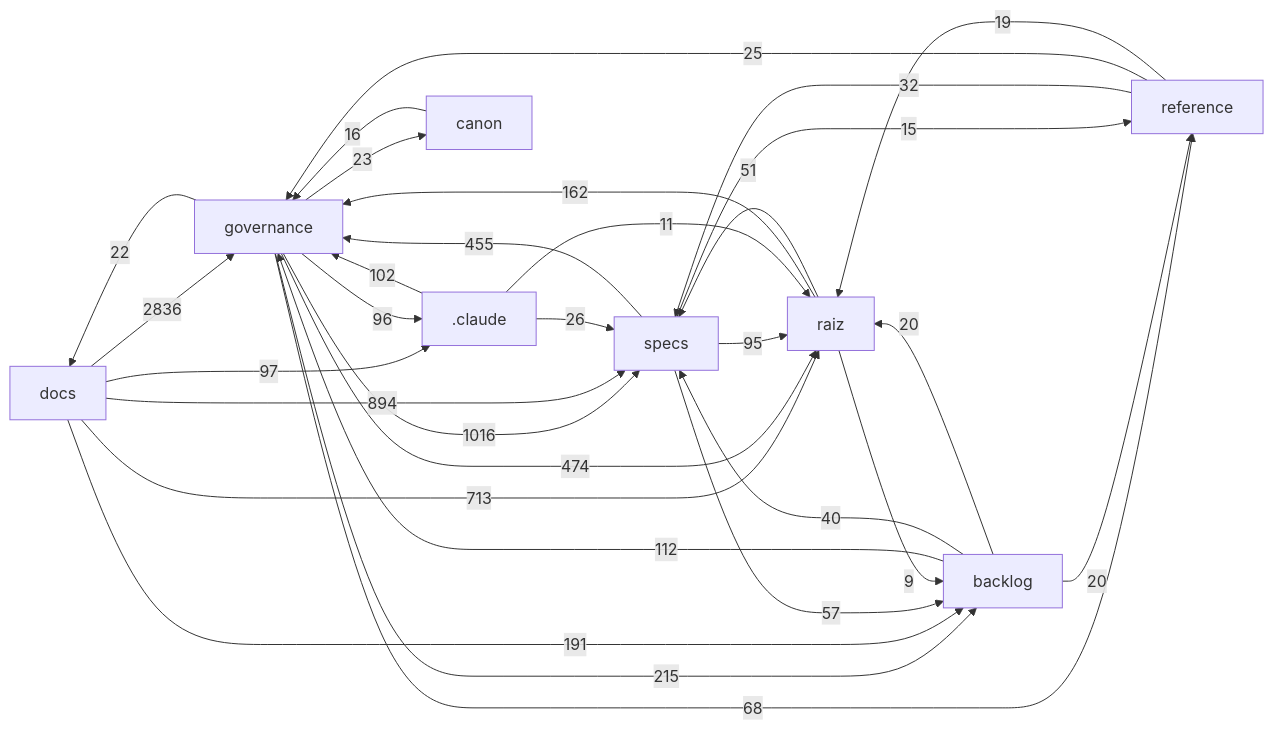
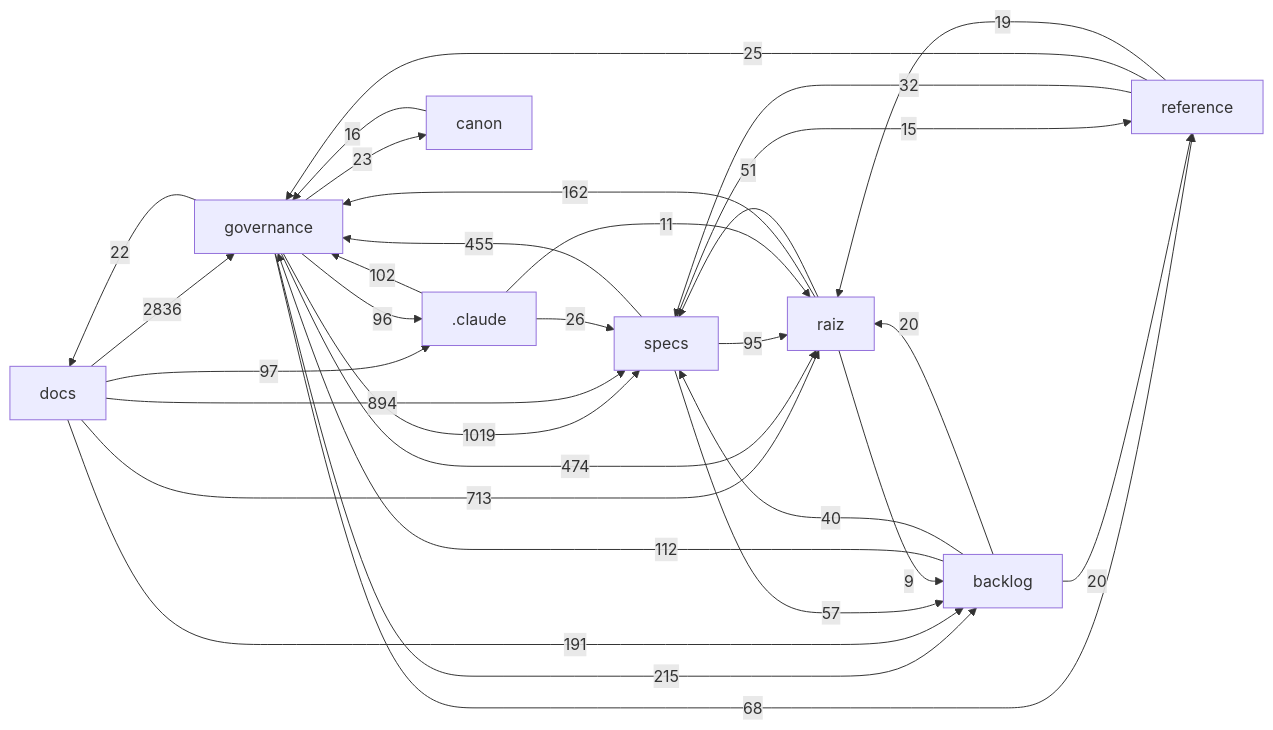
Before and after one commit to Andraus35/Sistema-Operacional-de-Trading--SOT: the diagram in docs/mapa/MAPA-PROJETO.md, drawn with Mermaid. The commit also changed other lines of this file and 6 other files, not shown here.

````diff
--- a/docs/mapa/MAPA-PROJETO.md
+++ b/docs/mapa/MAPA-PROJETO.md
@@ -29,33 +29,33 @@
 ```mermaid
 flowchart LR
   docs["docs"] -->|2836| governance["governance"]
-  governance["governance"] -->|1016| specs["specs"]
+  governance["governance"] -->|1019| specs["specs"]
   docs["docs"] -->|894| specs["specs"]
   docs["docs"] -->|713| raiz["raiz"]
   governance["governance"] -->|474| raiz["raiz"]
   specs["specs"] -->|455| governance["governance"]
   governance["governance"] -->|215| backlog["backlog"]
   docs["docs"] -->|191| backlog["backlog"]
   raiz["raiz"] -->|162| governance["governance"]
   backlog["backlog"] -->|112| governance["governance"]
   _claude[".claude"] -->|102| governance["governance"]
   docs["docs"] -->|97| _claude[".claude"]
   governance["governance"] -->|96| _claude[".claude"]
   specs["specs"] -->|95| raiz["raiz"]
   governance["governance"] -->|68| reference["reference"]
   specs["specs"] -->|57| backlog["backlog"]
   raiz["raiz"] -->|51| specs["specs"]
   backlog["backlog"] -->|40| specs["specs"]
   reference["reference"] -->|32| specs["specs"]
   _claude[".claude"] -->|26| specs["specs"]
   reference["reference"] -->|25| governance["governance"]
   governance["governance"] -->|23| canon["canon"]
   governance["governance"] -->|22| docs["docs"]
   backlog["backlog"] -->|20| raiz["raiz"]
   backlog["backlog"] -->|20| reference["reference"]
   reference["reference"] -->|19| raiz["raiz"]
   canon["canon"] -->|16| governance["governance"]
   specs["specs"] -->|15| reference["reference"]
   _claude[".claude"] -->|11| raiz["raiz"]
   raiz["raiz"] -->|9| backlog["backlog"]
 ```
````
